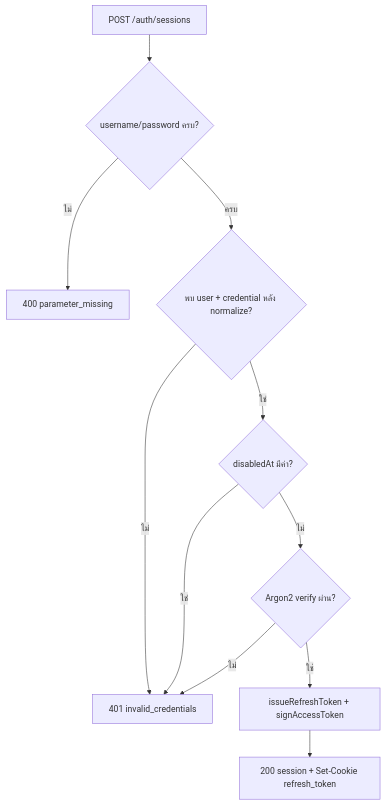
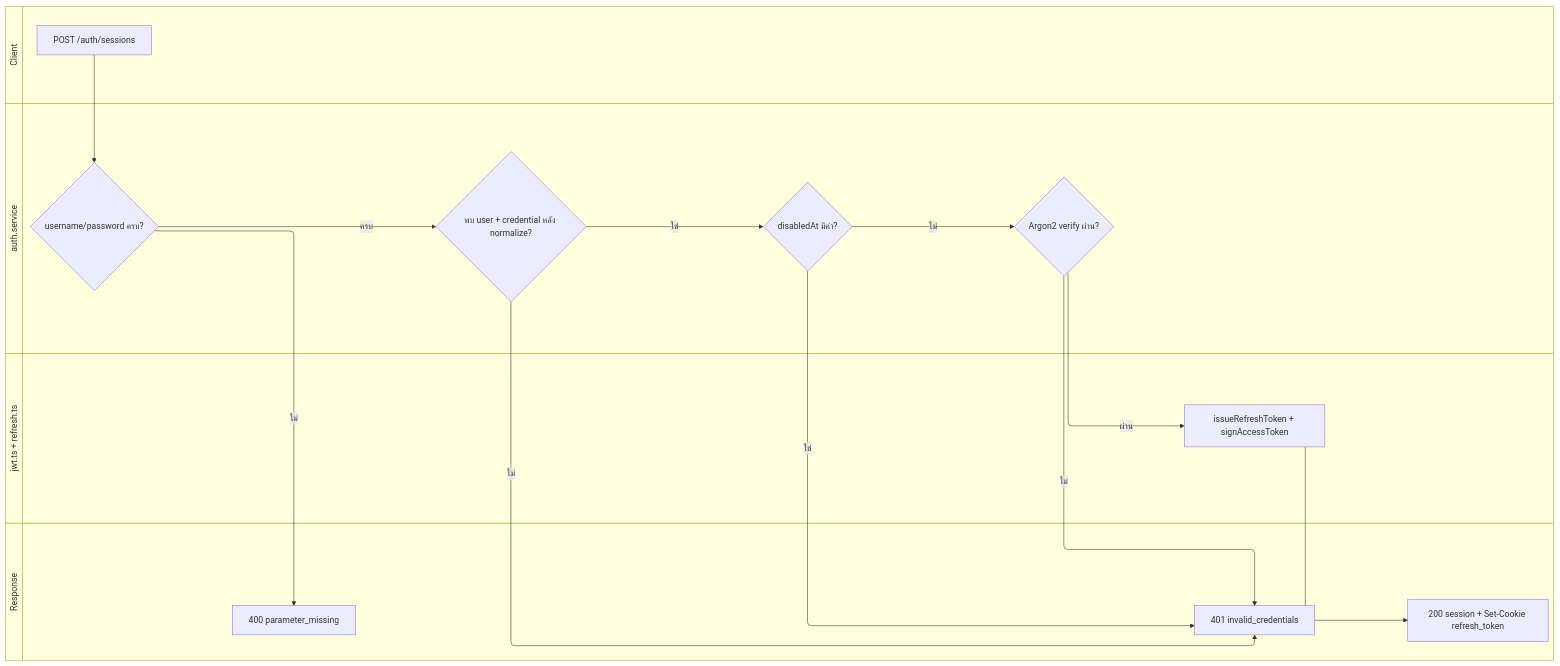
One commit to Open-Science-and-Data-management/Backend changed the first of 3 diagrams in src/features/auth/README.md. Above: the diagram before and after it, drawn with Mermaid. The commit also changed other lines of this file and 20 other files, not shown here.

````diff
--- a/src/features/auth/README.md
+++ b/src/features/auth/README.md
@@ -98,13 +158,30 @@
 ```mermaid
-flowchart TD
-    A[POST /auth/sessions] --> B{username/password ครบ?}
-    B -- ไม่ --> C[400 parameter_missing]
-    B -- ครบ --> D{พบ user + credential หลัง normalize?}
-    D -- ไม่ --> E[401 invalid_credentials]
-    D -- ใช่ --> F{disabledAt มีค่า?}
-    F -- ใช่ --> E
-    F -- ไม่ --> G{Argon2 verify ผ่าน?}
-    G -- ไม่ --> E
-    G -- ใช่ --> H[issueRefreshToken + signAccessToken]
-    H --> I[200 session + Set-Cookie refresh_token]
+swimlane-beta LR
+    subgraph client [Client]
+        A[POST /auth/sessions]
+    end
+    subgraph svc [auth.service]
+        B{username/password ครบ?}
+        C{พบ user + credential หลัง normalize?}
+        D{disabledAt มีค่า?}
+        E{Argon2 verify ผ่าน?}
+    end
+    subgraph tok [jwt.ts + refresh.ts]
+        F[issueRefreshToken + signAccessToken]
+    end
+    subgraph res [Response]
+        G[400 parameter_missing]
+        H[401 invalid_credentials]
+        I[200 session + Set-Cookie refresh_token]
+    end
+    A --> B
+    B -->|ไม่| G
+    B -->|ครบ| C
+    C -->|ไม่| H
+    C -->|ใช่| D
+    D -->|ใช่| H
+    D -->|ไม่| E
+    E -->|ไม่| H
+    E -->|ผ่าน| F
+    F --> I
 ```
````
